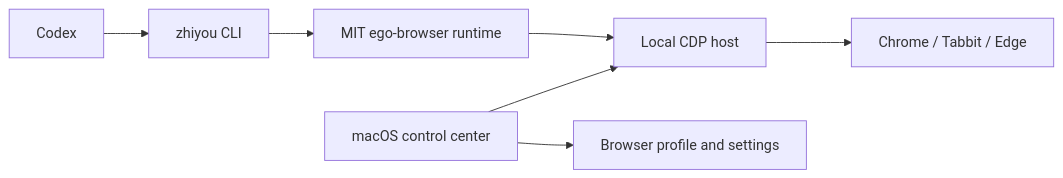
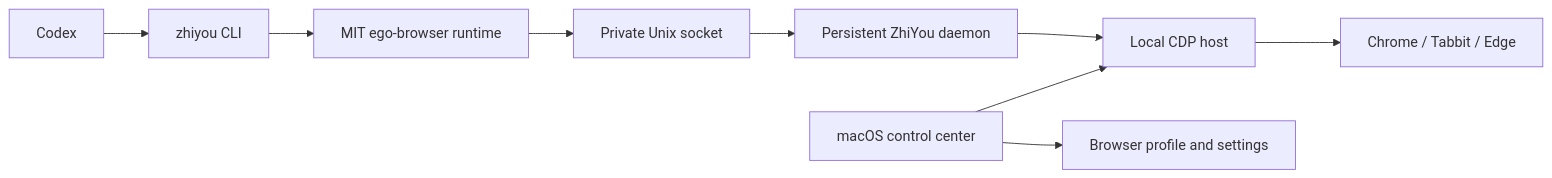
Before and after one commit to yangjinmin666/oriel-browser: the diagram in README.md, drawn with Mermaid. The commit also changed other lines of this file and 13 other files, not shown here.

Commit message:
feat: add persistent browser daemon

````diff
--- a/README.md
+++ b/README.md
@@ -29,9 +31,11 @@
 ```mermaid
 flowchart LR
     A["Codex"] --> B["zhiyou CLI"]
     B --> C["MIT ego-browser runtime"]
-    C --> D["Local CDP host"]
-    D --> E["Chrome / Tabbit / Edge"]
-    F["macOS control center"] --> D
-    F --> G["Browser profile and settings"]
+    C --> D["Private Unix socket"]
+    D --> E["Persistent ZhiYou daemon"]
+    E --> F["Local CDP host"]
+    F --> G["Chrome / Tabbit / Edge"]
+    H["macOS control center"] --> F
+    H --> I["Browser profile and settings"]
 ```
````
